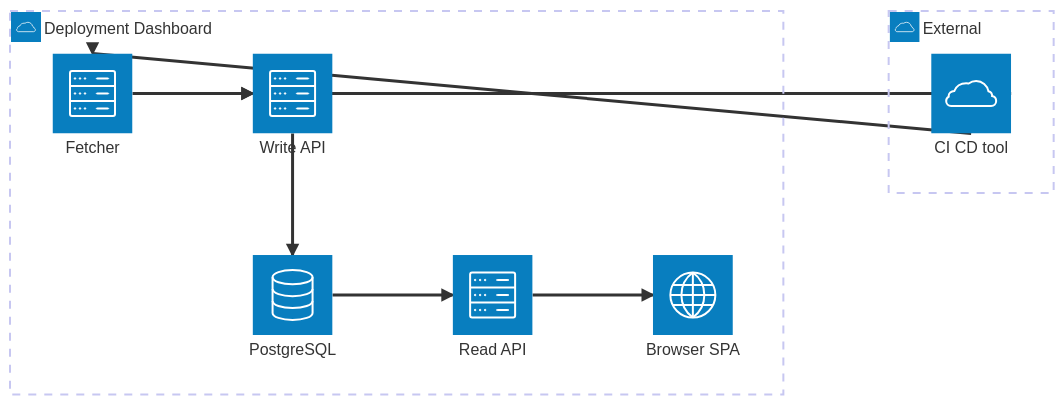
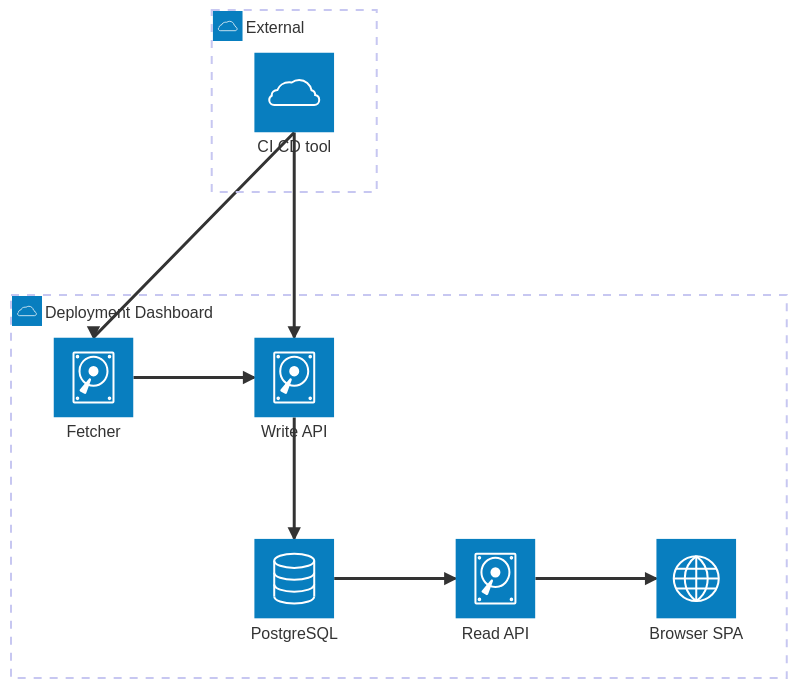
One commit to kostiantyn-matsebora/deployment-dashboard changed the diagram in README.md. Above: the diagram before and after it, drawn with Mermaid.

Commit message:
docs(readme): adjust how-it-works diagram layout + icons
- Swap server icon to disk for service nodes (Fetcher, Write API,
  Read API) — disk reads cleaner than the multi-slot rack glyph.
- Route CI/CD tool arrows downward (ci:B --> T:*) so the external
  node sits above the dashboard and the two arrows fan down into
  Fetcher and Write API instead of crossing over from the side.
- Reorder service declarations (fetcher, write, db, read, spa) so
  the auto-layout flows top-to-bottom then left-to-right.

````diff
--- a/README.md
+++ b/README.md
@@ -62,19 +62,19 @@
 ```mermaid
 architecture-beta
     group external(cloud)[External]
     service ci(cloud)[CI CD tool] in external
 
     group dashboard(cloud)[Deployment Dashboard]
-    service fetcher(server)[Fetcher] in dashboard
-    service write(server)[Write API] in dashboard
-    service read(server)[Read API] in dashboard
+    service fetcher(disk)[Fetcher] in dashboard
+    service write(disk)[Write API] in dashboard
     service db(database)[PostgreSQL] in dashboard
+    service read(disk)[Read API] in dashboard
     service spa(internet)[Browser SPA] in dashboard
 
-    ci:R --> L:write
     ci:B --> T:fetcher
+    ci:B --> T:write
     fetcher:R --> L:write
     write:B --> T:db
     db:R --> L:read
     read:R --> L:spa
 ```
````
